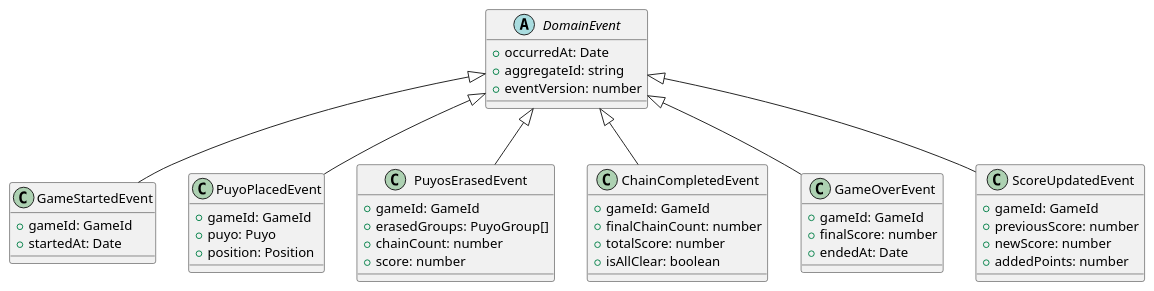
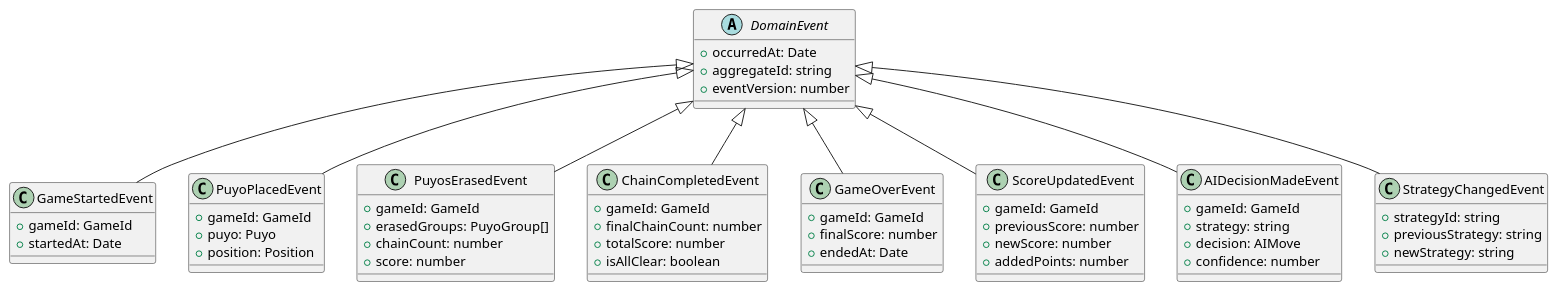
The sixth of 13 diagrams in docs/design/ドメインモデル設計.md (k2works/case-study-game-dev), drawn with PlantUML before and after one commit. The commit also changed other lines of this file and 3 other files, not shown here.

````diff
--- a/docs/design/ドメインモデル設計.md
+++ b/docs/design/ドメインモデル設計.md
@@ -270,54 +270,69 @@
 ```plantuml
 @startuml "ドメインイベント"
 abstract class DomainEvent {
   +occurredAt: Date
   +aggregateId: string
   +eventVersion: number
 }
 
 class GameStartedEvent {
   +gameId: GameId
   +startedAt: Date
 }
 
 class PuyoPlacedEvent {
   +gameId: GameId
   +puyo: Puyo
   +position: Position
 }
 
 class PuyosErasedEvent {
   +gameId: GameId
   +erasedGroups: PuyoGroup[]
   +chainCount: number
   +score: number
 }
 
 class ChainCompletedEvent {
   +gameId: GameId
   +finalChainCount: number
   +totalScore: number
   +isAllClear: boolean
 }
 
 class GameOverEvent {
   +gameId: GameId
   +finalScore: number
   +endedAt: Date
 }
 
 class ScoreUpdatedEvent {
   +gameId: GameId
   +previousScore: number
   +newScore: number
   +addedPoints: number
 }
 
+class AIDecisionMadeEvent {
+  +gameId: GameId
+  +strategy: string
+  +decision: AIMove
+  +confidence: number
+}
+
+class StrategyChangedEvent {
+  +strategyId: string
+  +previousStrategy: string
+  +newStrategy: string
+}
+
 DomainEvent <|-- GameStartedEvent
 DomainEvent <|-- PuyoPlacedEvent
 DomainEvent <|-- PuyosErasedEvent
 DomainEvent <|-- ChainCompletedEvent
 DomainEvent <|-- GameOverEvent
 DomainEvent <|-- ScoreUpdatedEvent
+DomainEvent <|-- AIDecisionMadeEvent
+DomainEvent <|-- StrategyChangedEvent
 @enduml
 ```
````
